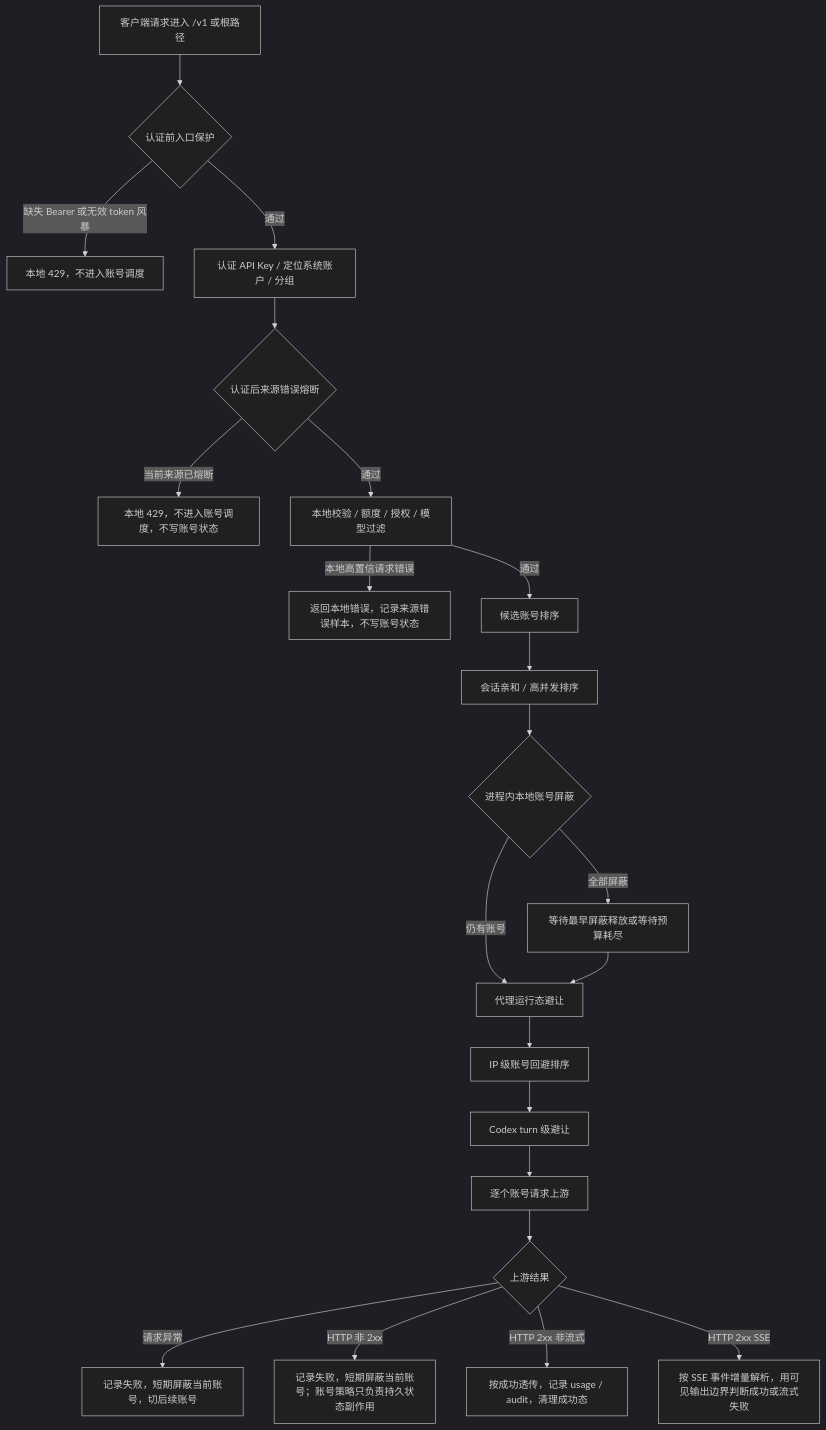
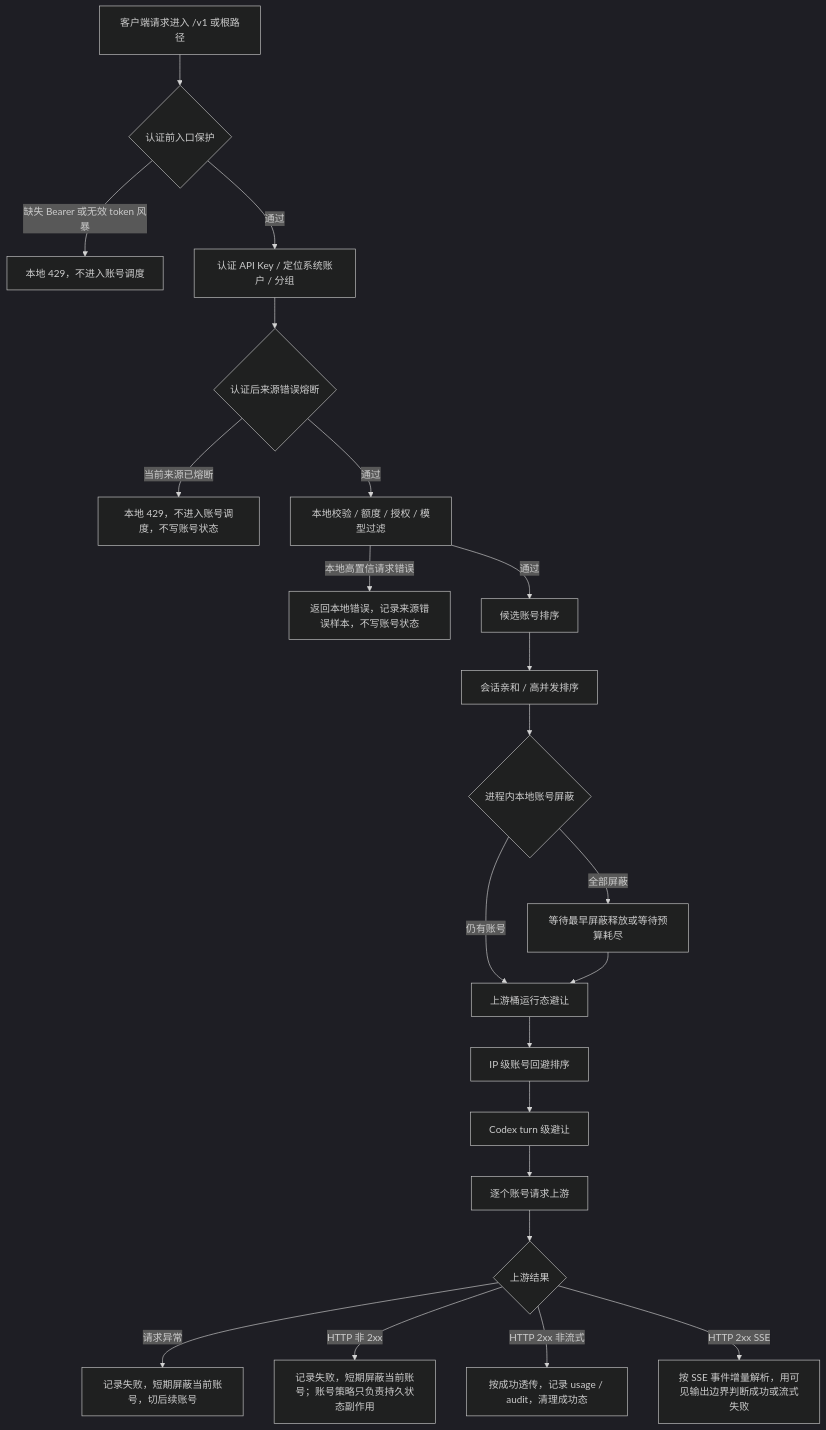
The diagram in docs/functions/网关错误处理完整链路.md (huanmin123/juhe-ai), drawn with Mermaid (dark theme) before and after one commit. The commit also changed other lines of this file and 69 other files, not shown here.

````diff
--- a/docs/functions/网关错误处理完整链路.md
+++ b/docs/functions/网关错误处理完整链路.md
@@ -46,24 +46,24 @@
 ```mermaid
 flowchart TD
   A["客户端请求进入 /v1 或根路径"] --> B{"认证前入口保护"}
   B -- "缺失 Bearer 或无效 token 风暴" --> B1["本地 429，不进入账号调度"]
   B -- "通过" --> C["认证 API Key / 定位系统账户 / 分组"]
   C --> D{"认证后来源错误熔断"}
   D -- "当前来源已熔断" --> D1["本地 429，不进入账号调度，不写账号状态"]
   D -- "通过" --> E["本地校验 / 额度 / 授权 / 模型过滤"]
   E -- "本地高置信请求错误" --> E1["返回本地错误，记录来源错误样本，不写账号状态"]
   E -- "通过" --> F["候选账号排序"]
   F --> F1["会话亲和 / 高并发排序"]
   F1 --> F2{"进程内本地账号屏蔽"}
-  F2 -- "仍有账号" --> F3["代理运行态避让"]
+  F2 -- "仍有账号" --> F3["上游桶运行态避让"]
   F2 -- "全部屏蔽" --> F2A["等待最早屏蔽释放或等待预算耗尽"]
   F2A --> F3
   F3 --> F4["IP 级账号回避排序"]
   F4 --> F5["Codex turn 级避让"]
   F5 --> G["逐个账号请求上游"]
   G --> H{"上游结果"}
   H -- "请求异常" --> I["记录失败，短期屏蔽当前账号，切后续账号"]
   H -- "HTTP 非 2xx" --> J["记录失败，短期屏蔽当前账号；账号策略只负责持久状态副作用"]
   H -- "HTTP 2xx 非流式" --> K["按成功透传，记录 usage / audit，清理成功态"]
   H -- "HTTP 2xx SSE" --> L["按 SSE 事件增量解析，用可见输出边界判断成功或流式失败"]
 ```
````
